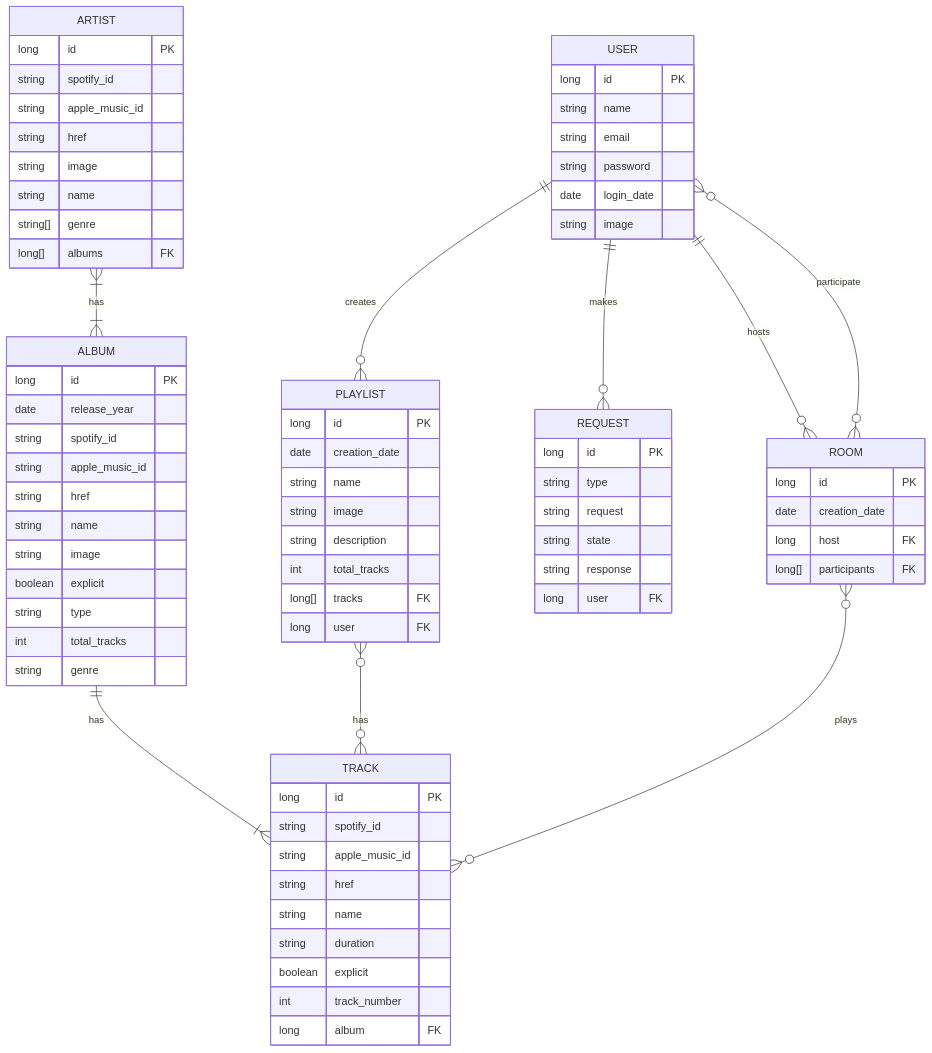
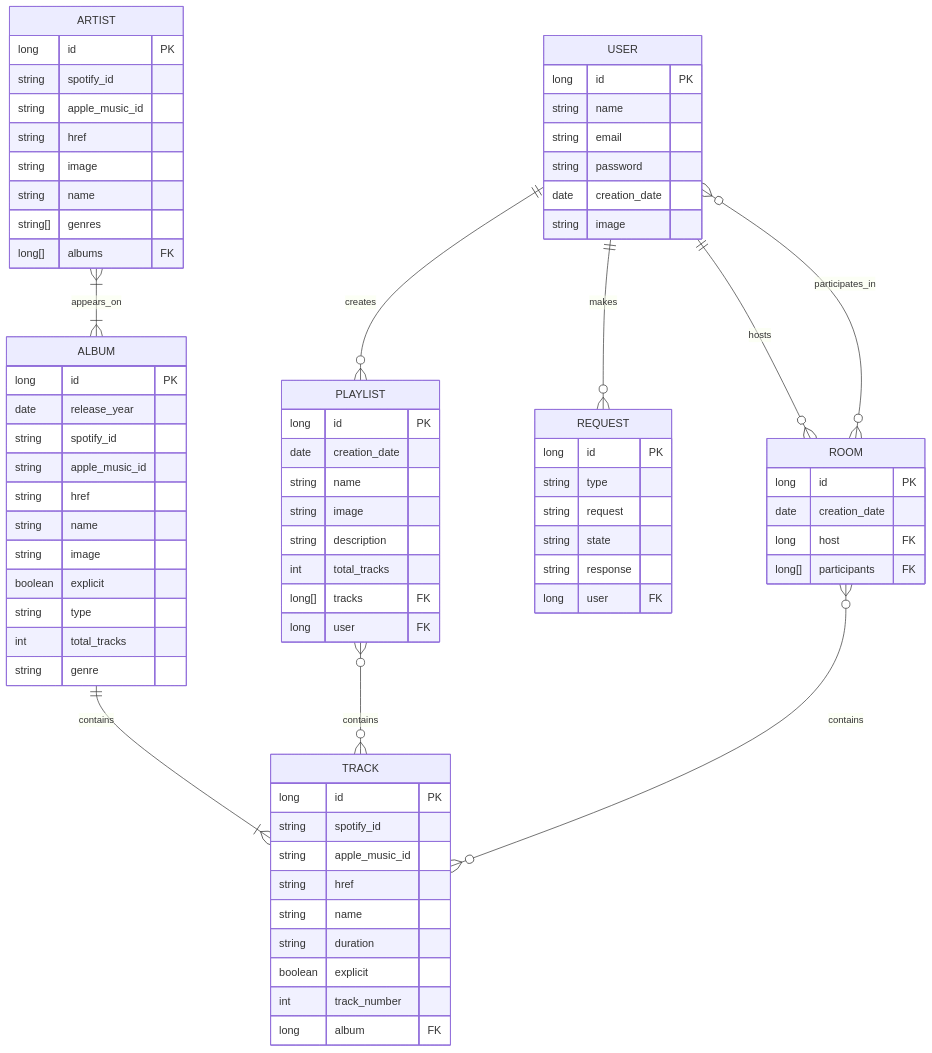
Before and after one commit to codeurjc-students/2026-MusicFever: the diagram in README.md, drawn with Mermaid. The commit also changed other lines of this file, not shown here.

```diff
--- a/README.md
+++ b/README.md
@@ -114,22 +189,22 @@
 erDiagram
     USER ||--o{ PLAYLIST : creates
     USER ||--o{ ROOM: hosts
-    USER }o--o{ ROOM : participate
+    USER }o--o{ ROOM : participates_in
     USER ||--o{ REQUEST : makes
 
-    ARTIST }|--|{ ALBUM : has
-    ALBUM ||--|{ TRACK : has
+    ARTIST }|--|{ ALBUM : appears_on
+    ALBUM ||--|{ TRACK : contains
 
-    PLAYLIST }o--o{ TRACK : has
+    PLAYLIST }o--o{ TRACK : contains
     
-    ROOM }o--o{ TRACK : plays
+    ROOM }o--o{ TRACK : contains
 
     USER {
         long id PK
         string name
         string email
         string password
-        date login_date
+        date creation_date
         string image
     }
 
@@ -140,7 +215,7 @@
         string href
         string image
         string name
-        string[] genre
+        string[] genres
         long[] albums FK
     }
 
```
